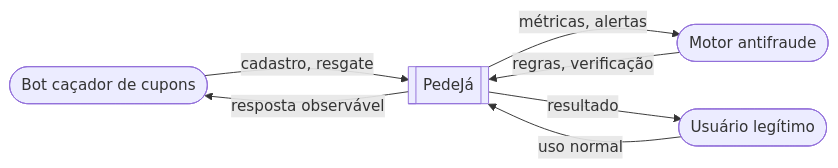
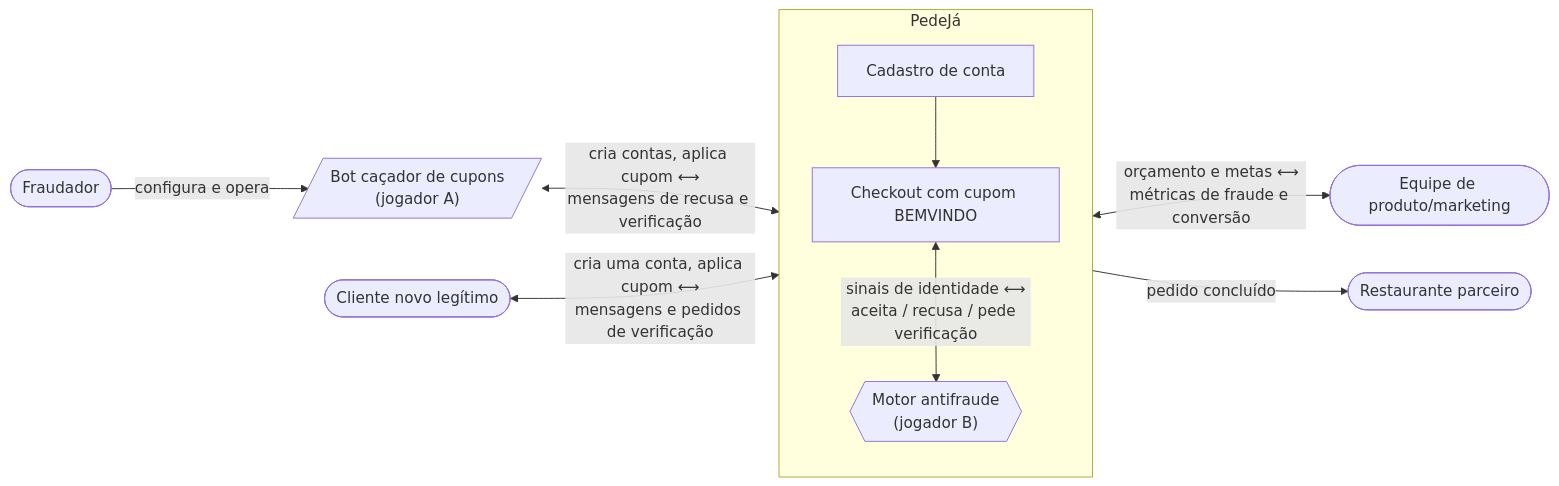
One commit to ariessa-velasques/trabalho-adversarial changed the diagram in diagramas/contexto.mmd. Above: the diagram before and after it, drawn with Mermaid. The commit also changed 1 other file, not shown here.

Commit message:
diagrama de contexto do PedeJa

```diff
--- a/diagramas/contexto.mmd
+++ b/diagramas/contexto.mmd
@@ -1,9 +1,17 @@
 %% Diagrama de contexto — Responsável: Ariessa
-%% Exportar: npx -p @mermaid-js/mermaid-cli mmdc -i contexto.mmd -o contexto.png
+%% Exportar: npx -p @mermaid-js/mermaid-cli mmdc -i contexto.mmd -o contexto.png -b white -s 2
 flowchart LR
-    A([Bot caçador de cupons]) -->|cadastro, resgate| S[[PedeJá]]
-    B([Motor antifraude]) -->|regras, verificação| S
-    U([Usuário legítimo]) -->|uso normal| S
-    S -->|resposta observável| A
-    S -->|métricas, alertas| B
-    S -->|resultado| U
+    F([Fraudador]) -->|configura e opera| BOT[/"Bot caçador de cupons<br/>(jogador A)"/]
+    CLI([Cliente novo legítimo])
+
+    subgraph PJ[PedeJá]
+        direction TB
+        CAD[Cadastro de conta] --> CHK[Checkout com cupom BEMVINDO]
+        CHK <-->|"sinais de identidade ⟷<br/>aceita / recusa / pede verificação"| MAF{{"Motor antifraude<br/>(jogador B)"}}
+    end
+
+    BOT <-->|"cria contas, aplica cupom ⟷<br/>mensagens de recusa e verificação"| PJ
+    CLI <-->|"cria uma conta, aplica cupom ⟷<br/>mensagens e pedidos de verificação"| PJ
+
+    PJ <-->|"orçamento e metas ⟷<br/>métricas de fraude e conversão"| MKT([Equipe de produto/marketing])
+    PJ -->|pedido concluído| REST([Restaurante parceiro])
```
